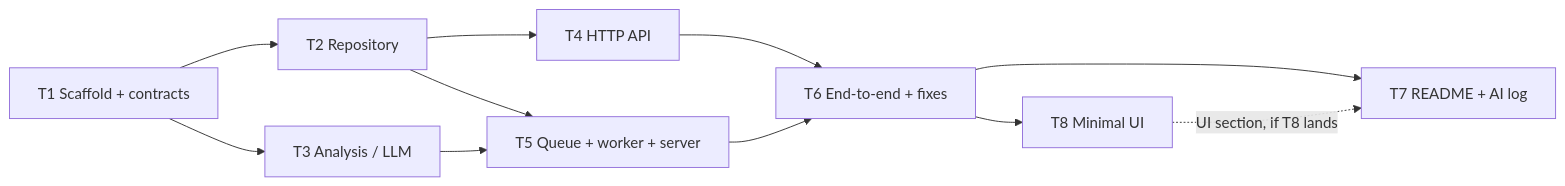
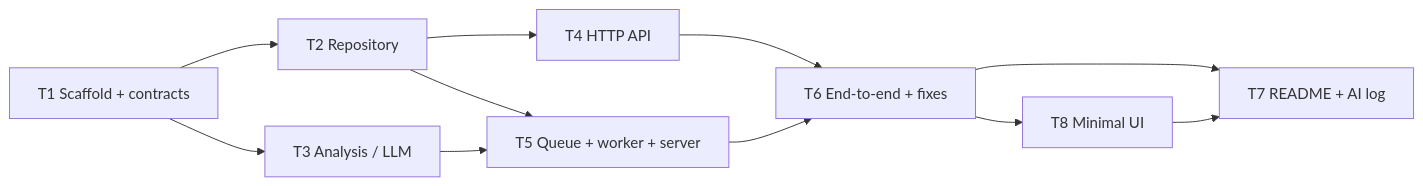
The diagram in docs/tasks/README.md (maormagori/fusion-home-task), drawn with Mermaid before and after one commit. The commit also changed other lines of this file and 1 other file, not shown here.

Commit message:
Write the README last, after the UI task

````diff
--- a/docs/tasks/README.md
+++ b/docs/tasks/README.md
@@ -6,13 +6,13 @@
 ```mermaid
 flowchart LR
     T1[T1 Scaffold + contracts] --> T2[T2 Repository]
     T1 --> T3[T3 Analysis / LLM]
     T2 --> T4[T4 HTTP API]
     T2 --> T5[T5 Queue + worker + server]
     T3 --> T5
     T4 --> T6[T6 End-to-end + fixes]
     T5 --> T6
     T6 --> T8[T8 Minimal UI]
     T6 --> T7[T7 README + AI log]
-    T8 -.->|UI section, if T8 lands| T7
+    T8 --> T7
 ```
````
